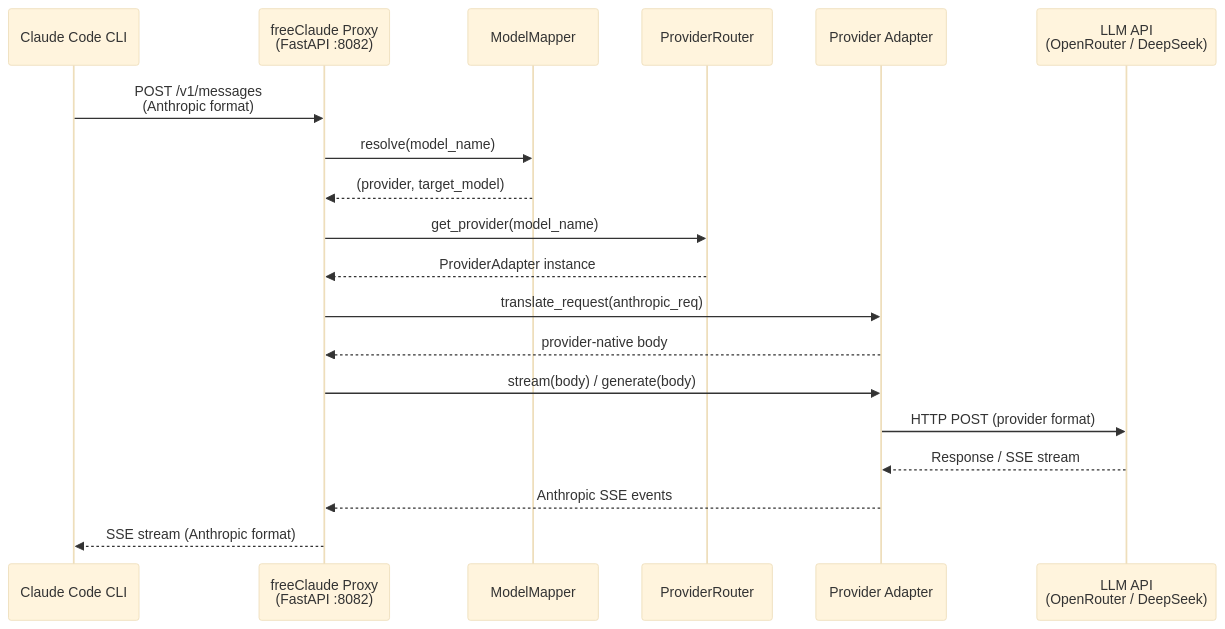
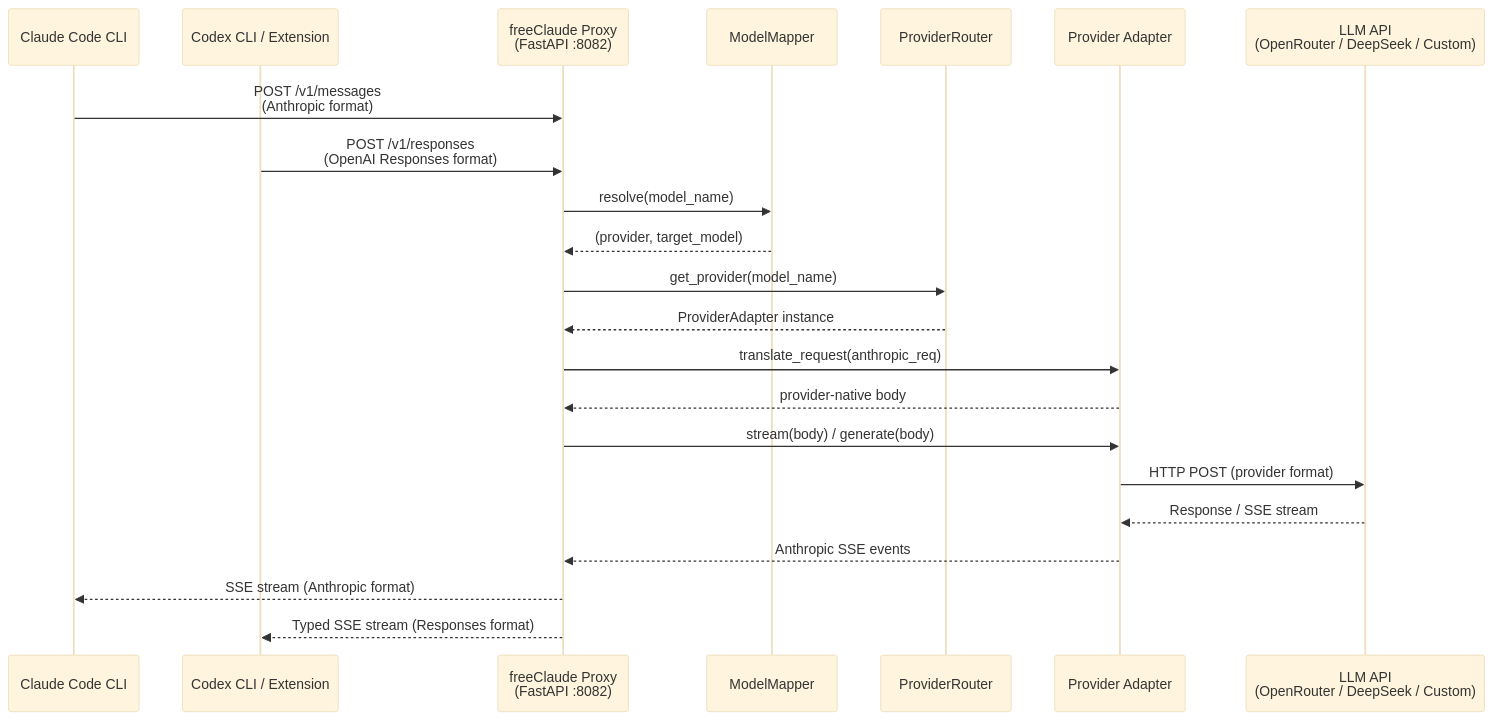
Before and after one commit to momadhuynh04/freeClaude: the first of 3 diagrams in README.md, drawn with Mermaid (base theme). The commit also changed other lines of this file and 32 other files, not shown here.

````diff
--- a/README.md
+++ b/README.md
@@ -296,22 +386,25 @@
 ```mermaid
 sequenceDiagram
     participant CC as Claude Code CLI
+    participant CX as Codex CLI / Extension
     participant FP as freeClaude Proxy<br/>(FastAPI :8082)
     participant MM as ModelMapper
     participant PR as ProviderRouter
     participant PA as Provider Adapter
-    participant API as LLM API<br/>(OpenRouter / DeepSeek)
+    participant API as LLM API<br/>(OpenRouter / DeepSeek / Custom)
 
     CC->>FP: POST /v1/messages<br/>(Anthropic format)
+    CX->>FP: POST /v1/responses<br/>(OpenAI Responses format)
     FP->>MM: resolve(model_name)
     MM-->>FP: (provider, target_model)
     FP->>PR: get_provider(model_name)
     PR-->>FP: ProviderAdapter instance
     FP->>PA: translate_request(anthropic_req)
     PA-->>FP: provider-native body
     FP->>PA: stream(body) / generate(body)
     PA->>API: HTTP POST (provider format)
     API-->>PA: Response / SSE stream
     PA-->>FP: Anthropic SSE events
     FP-->>CC: SSE stream (Anthropic format)
+    FP-->>CX: Typed SSE stream (Responses format)
 ```
````
